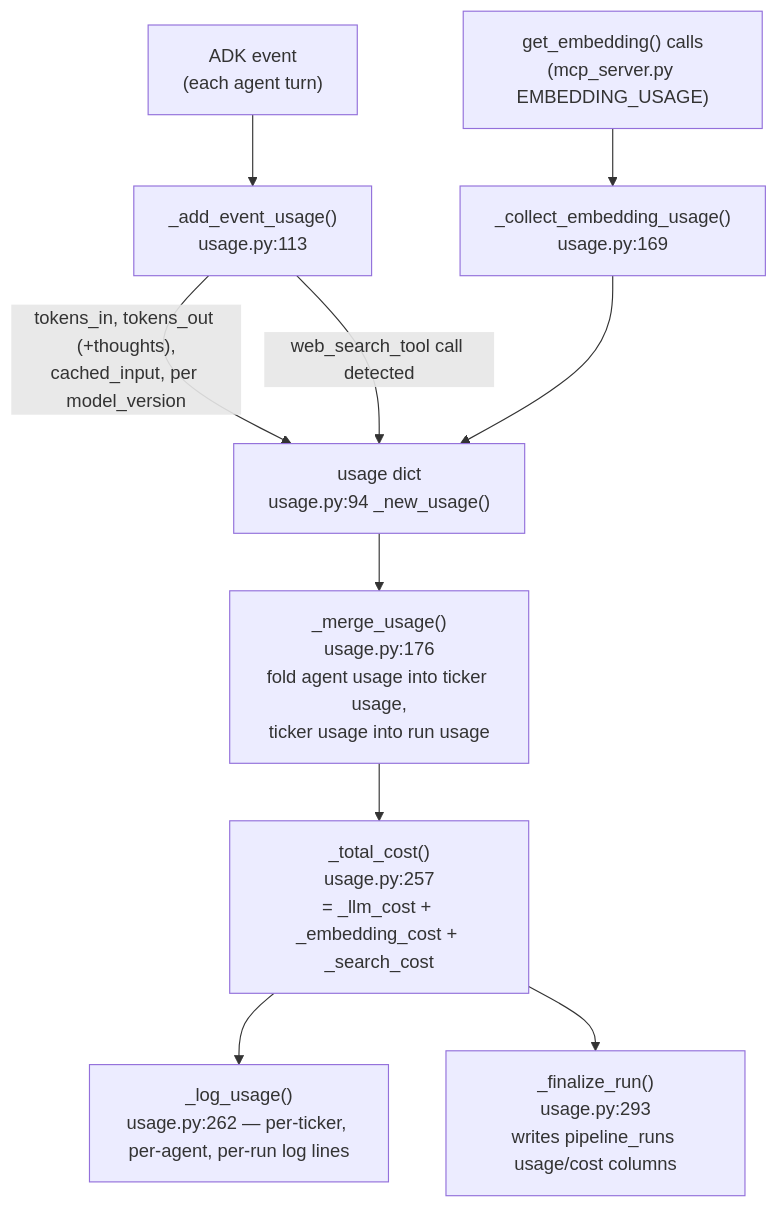
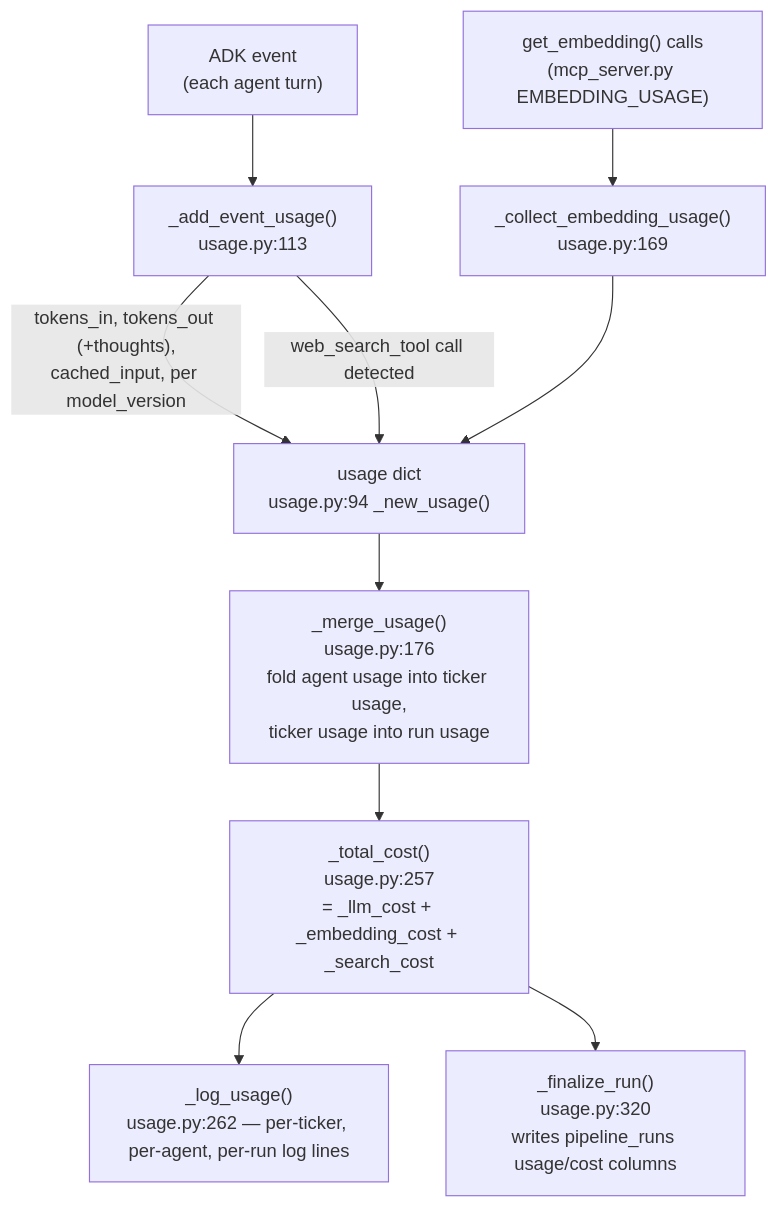
The third of 3 diagrams in docs/05-guardrails-cost-and-reuse.md (sun4github/magic-stock-picker), drawn with Mermaid before and after one commit. The commit also changed other lines of this file and 12 other files, not shown here.

First line of the commit message:
Teach the analyst to weigh contracted cash flows, and document the critic swap

````diff
--- a/docs/05-guardrails-cost-and-reuse.md
+++ b/docs/05-guardrails-cost-and-reuse.md
@@ -205,12 +205,12 @@
 ```mermaid
 flowchart TD
     Event["ADK event\n(each agent turn)"] --> Add["_add_event_usage()\nusage.py:113"]
     Add -->|"tokens_in, tokens_out (+thoughts),\ncached_input, per model_version"| Usage["usage dict\nusage.py:94 _new_usage()"]
     Add -->|"web_search_tool call detected"| Usage
     Usage --> Merge["_merge_usage()\nusage.py:176\nfold agent usage into ticker usage,\nticker usage into run usage"]
     Embed["get_embedding() calls\n(mcp_server.py EMBEDDING_USAGE)"] --> Collect["_collect_embedding_usage()\nusage.py:169"]
     Collect --> Usage
     Merge --> Cost["_total_cost()\nusage.py:257\n= _llm_cost + _embedding_cost + _search_cost"]
     Cost --> Log["_log_usage()\nusage.py:262 — per-ticker, per-agent, per-run log lines"]
-    Cost --> Finalize["_finalize_run()\nusage.py:293\nwrites pipeline_runs usage/cost columns"]
+    Cost --> Finalize["_finalize_run()\nusage.py:320\nwrites pipeline_runs usage/cost columns"]
 ```
````
